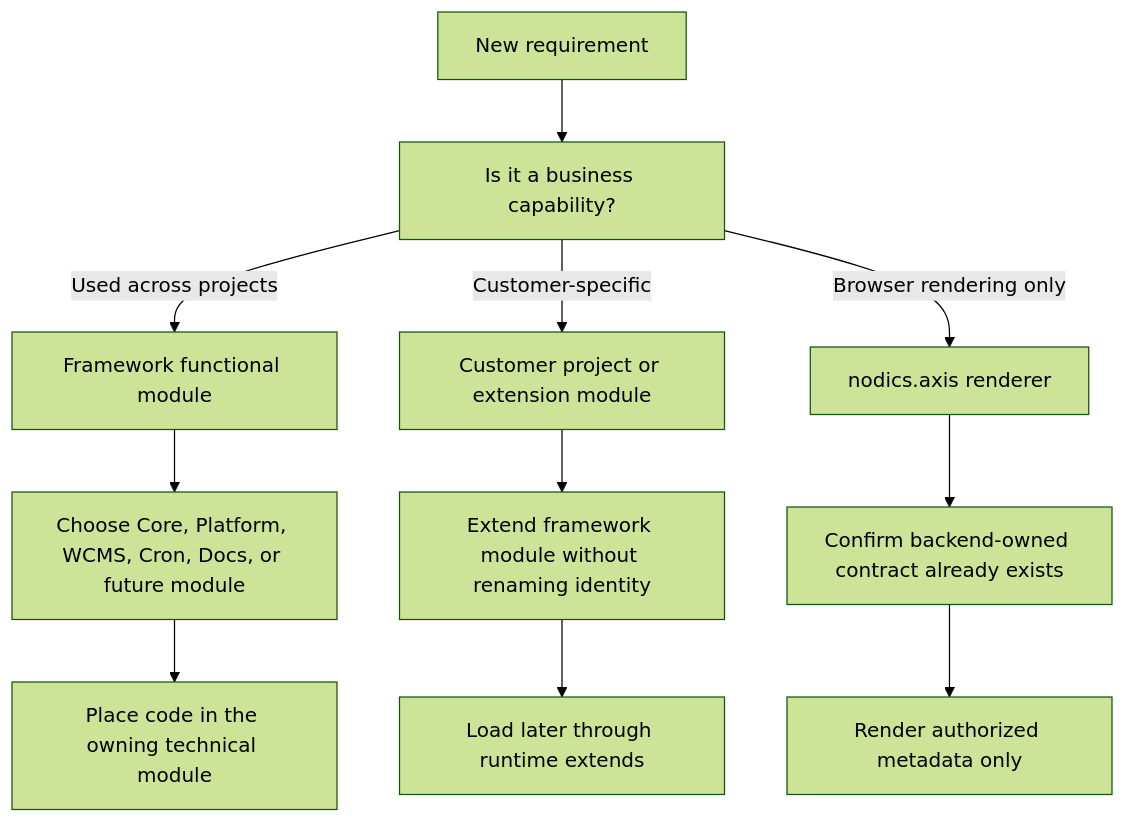
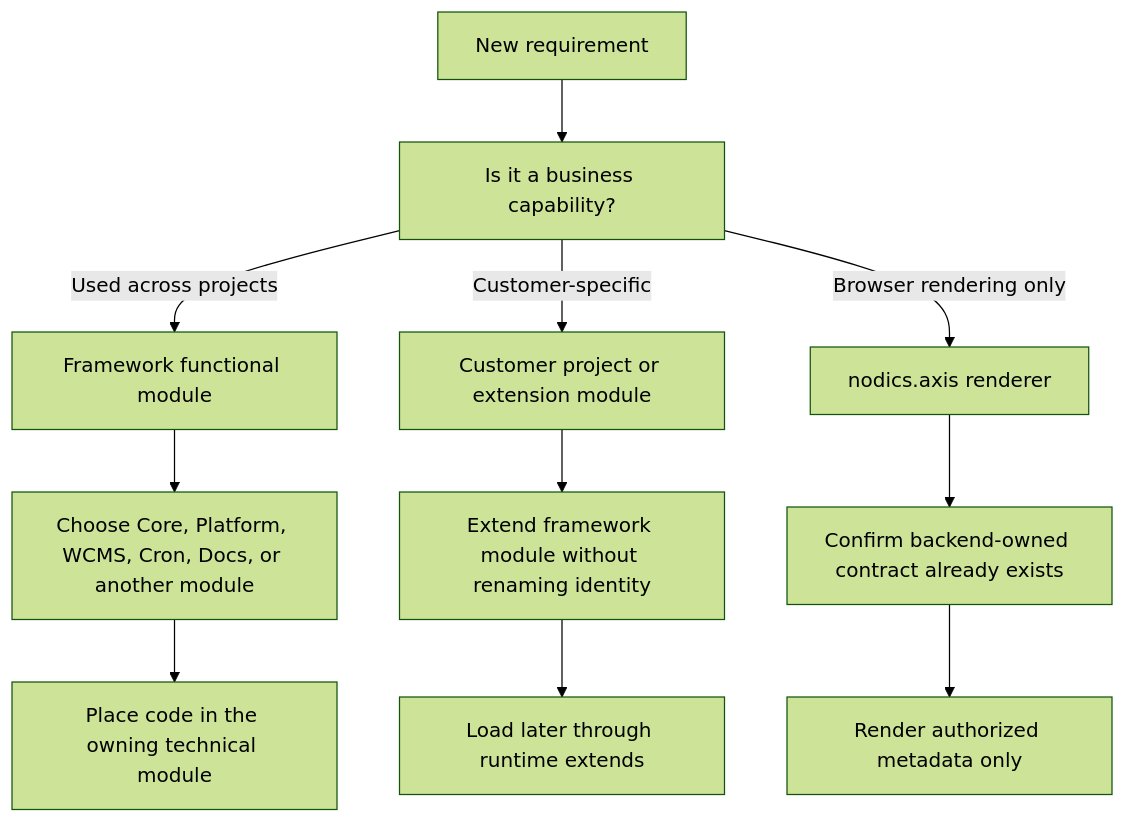
One commit to Nodics/nodics.ai changed the second of 2 diagrams in nodics.docs/docs/pages/framework/modular-architecture.md. Above: the diagram before and after it, drawn with Mermaid (forest theme). The commit also changed other lines of this file and 326 other files, not shown here.

````diff
--- a/nodics.docs/docs/pages/framework/modular-architecture.md
+++ b/nodics.docs/docs/pages/framework/modular-architecture.md
@@ -215,13 +215,13 @@
 ```mermaid
 flowchart TD
   Requirement["New requirement"] --> Business["Is it a business capability?"]
   Business -->|Used across projects| Framework["Framework functional module"]
   Business -->|Customer-specific| Project["Customer project or extension module"]
   Business -->|Browser rendering only| Axis["nodics.axis renderer"]
-  Framework --> Owner["Choose Core, Platform, WCMS, Cron, Docs, or future module"]
+  Framework --> Owner["Choose Core, Platform, WCMS, Cron, Docs, or another module"]
   Project --> Extends["Extend framework module without renaming identity"]
   Axis --> Backend["Confirm backend-owned contract already exists"]
   Owner --> Technical["Place code in the owning technical module"]
   Extends --> Runtime["Load later through runtime extends"]
   Backend --> Renderer["Render authorized metadata only"]
 ```
````
